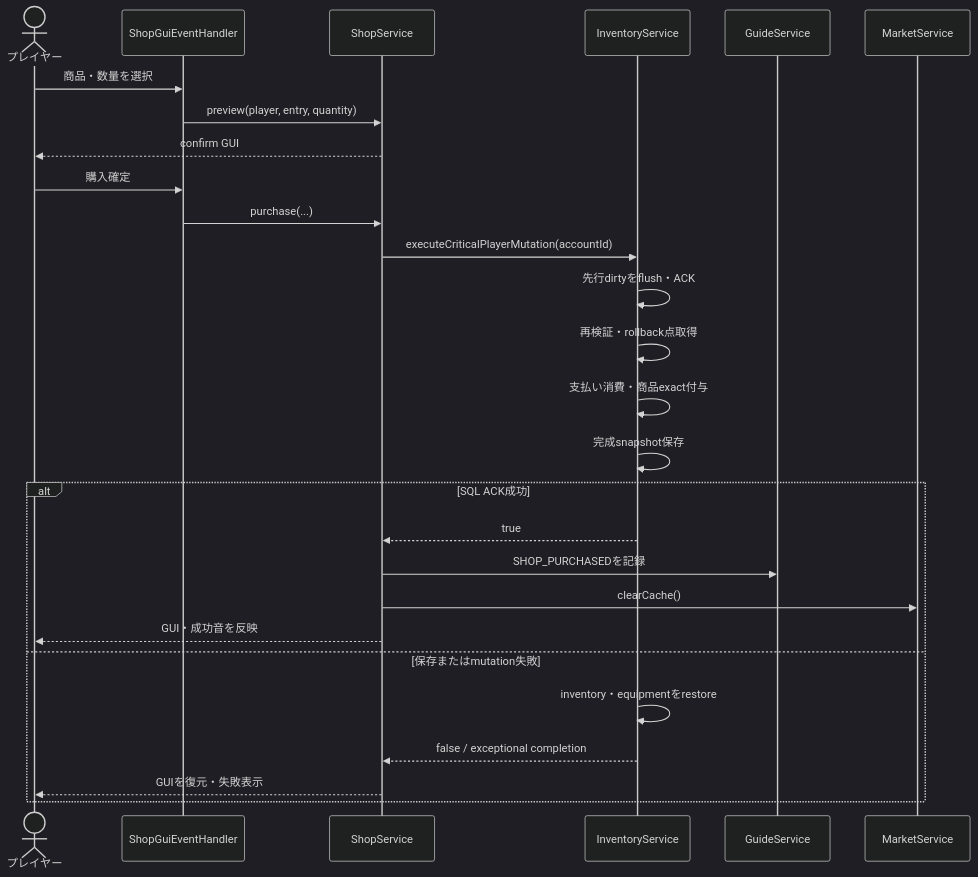
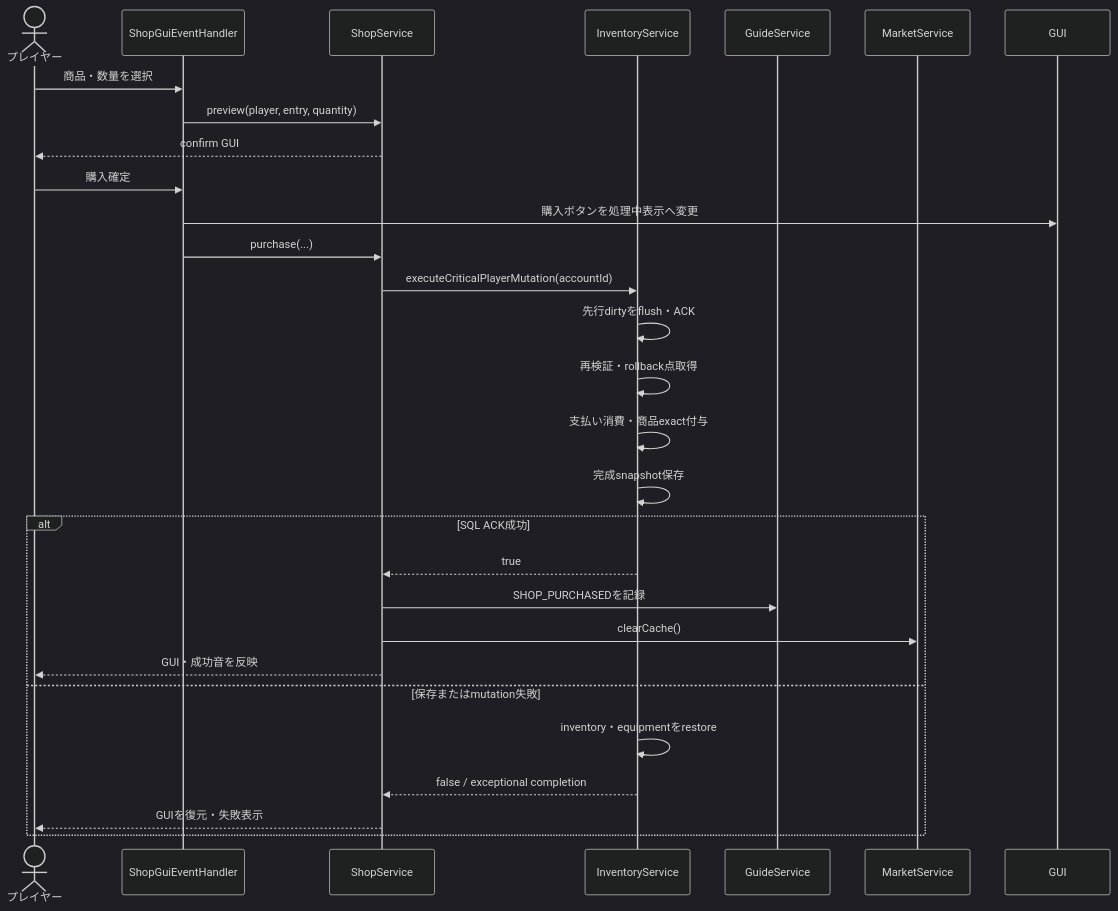
The third of 4 diagrams in 00_docs/10_Plugin設計書/feature/20-shop/20_4-統合フロー.md (maaasu/AstralRecord-Workspace), drawn with Mermaid (dark theme) before and after one commit. The commit also changed other lines of this file and 3 other files, not shown here.

````diff
--- a/00_docs/10_Plugin設計書/feature/20-shop/20_4-統合フロー.md
+++ b/00_docs/10_Plugin設計書/feature/20-shop/20_4-統合フロー.md
@@ -62,29 +62,30 @@
 ```mermaid
 sequenceDiagram
     actor Player as プレイヤー
     participant Handler as ShopGuiEventHandler
     participant Shop as ShopService
     participant Inventory as InventoryService
     participant Guide as GuideService
     participant Market as MarketService
     Player->>Handler: 商品・数量を選択
     Handler->>Shop: preview(player, entry, quantity)
     Shop-->>Player: confirm GUI
     Player->>Handler: 購入確定
+    Handler->>GUI: 購入ボタンを処理中表示へ変更
     Handler->>Shop: purchase(...)
     Shop->>Inventory: executeCriticalPlayerMutation(accountId)
     Inventory->>Inventory: 先行dirtyをflush・ACK
     Inventory->>Inventory: 再検証・rollback点取得
     Inventory->>Inventory: 支払い消費・商品exact付与
     Inventory->>Inventory: 完成snapshot保存
     alt SQL ACK成功
         Inventory-->>Shop: true
         Shop->>Guide: SHOP_PURCHASEDを記録
         Shop->>Market: clearCache()
         Shop-->>Player: GUI・成功音を反映
     else 保存またはmutation失敗
         Inventory->>Inventory: inventory・equipmentをrestore
         Inventory-->>Shop: false / exceptional completion
         Shop-->>Player: GUIを復元・失敗表示
     end
 ```
````
